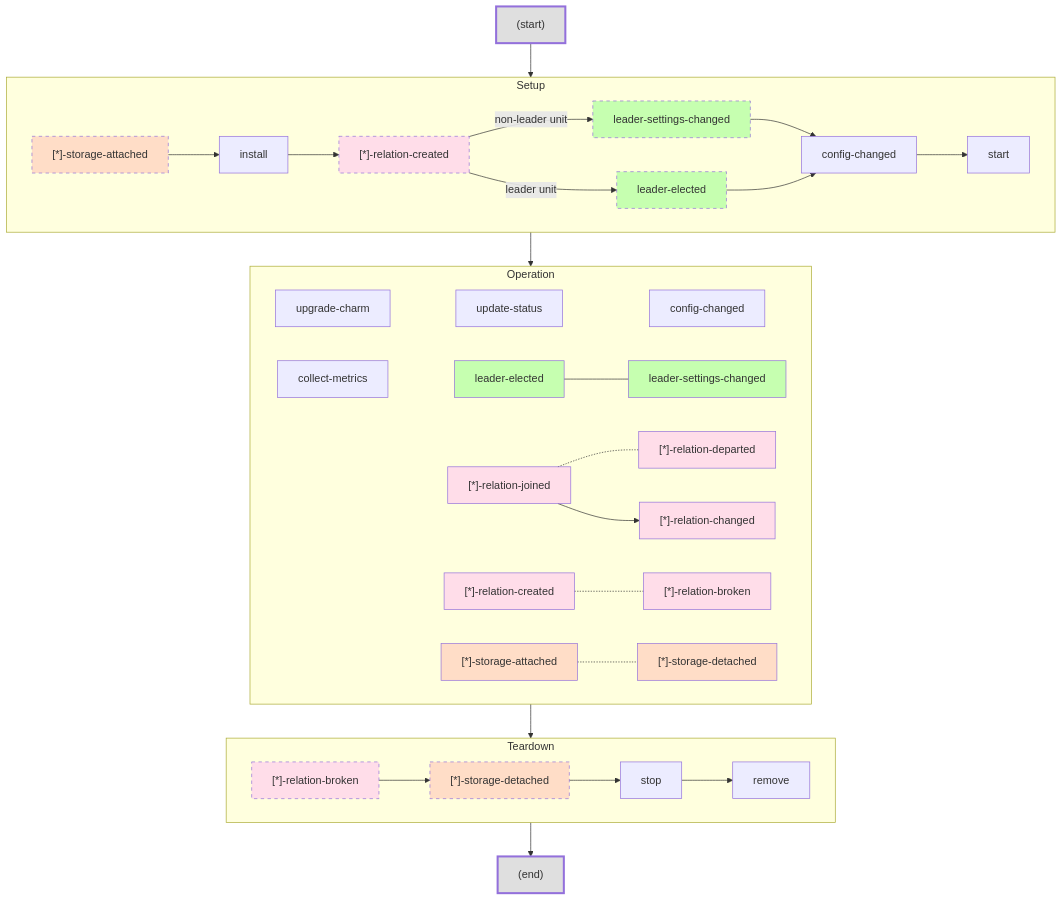
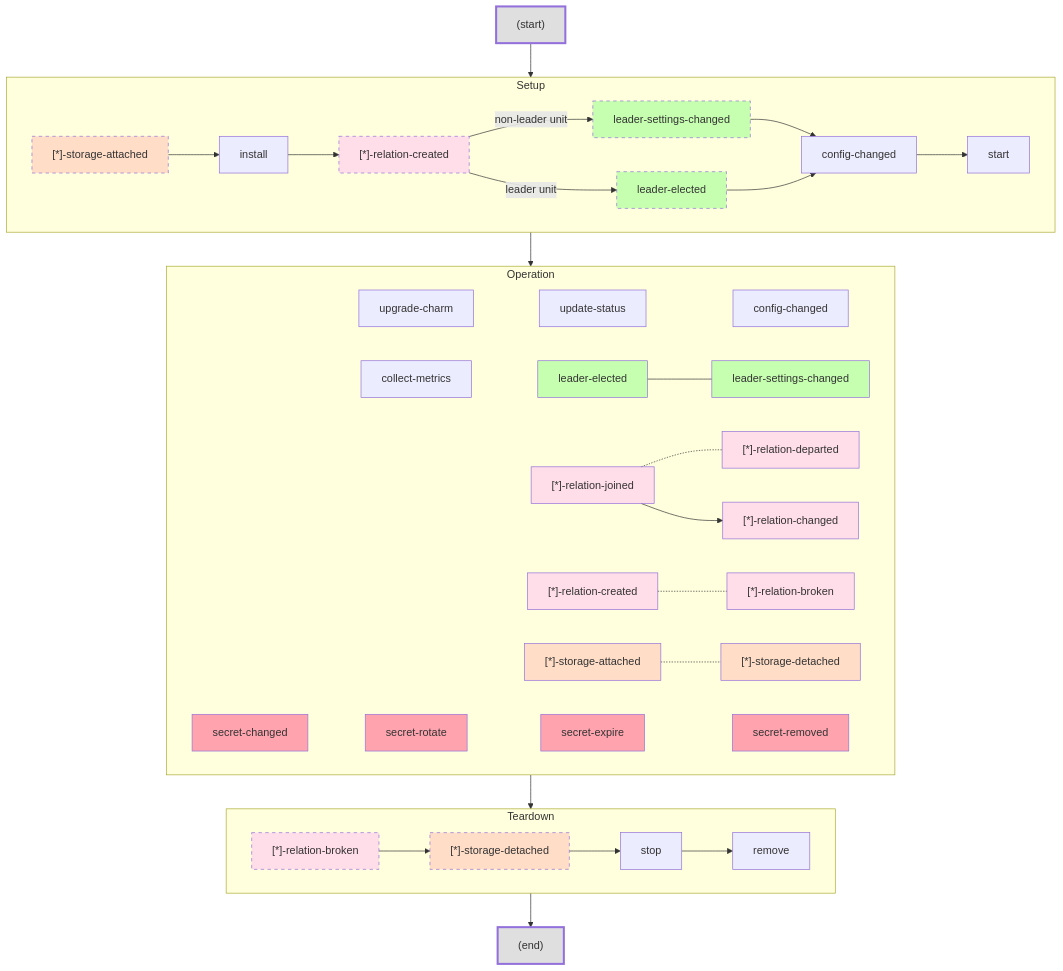
The first of 5 diagrams in README.md (canonical/charm-events), drawn with Mermaid before and after one commit. The commit also changed other lines of this file and 2 other files, not shown here.

Commit message:
Added secret events

````diff
--- a/README.md
+++ b/README.md
@@ -17,51 +17,59 @@
 ```mermaid
 flowchart TD
     subgraph Setup
         storage_attached["[*]-storage-attached"]:::optStorageEvent --> install
         install --> relation_created["[*]-relation-created"]:::optRelationEvent
         relation_created --> |leader unit|leader_elected[leader-elected]:::optLeaderEvent
         relation_created --> |non-leader unit|leader_settings_changed[leader-settings-changed]:::optLeaderEvent
         leader_settings_changed --> config_changed[config-changed]
         leader_elected --> config_changed[config-changed]
         config_changed --> start
     end
 
     subgraph Operation
         upgrade_charm[upgrade-charm] --- 
         update_status[update-status] ---
         config_changed_mant[config-changed] 
         collect_metrics[collect-metrics] ---
         leader_elected_mant[leader-elected]:::leaderEvent --- 
         leader_settings_changed_mant[leader-settings-changed]:::leaderEvent
         relation_joined_mant["[*]-relation-joined"]:::relationEvent -.- relation_departed_mant["[*]-relation-departed"]:::relationEvent
         relation_joined_mant --> relation_changed_mant["[*]-relation-changed"]:::relationEvent 
         relation_created_mant["[*]-relation-created"]:::relationEvent -.- relation_broken_mant["[*]-relation-broken"]:::relationEvent 
         storage_attached_mant["[*]-storage-attached"]:::storageEvent -.- storage_detached_mant["[*]-storage-detached"]:::storageEvent
+        secret_changed["secret-changed"]:::secretEvent ---
+        secret_rotate["secret-rotate"]:::secretEvent ---
+        secret_expire["secret-expire"]:::secretEvent ---
+        secret_removed["secret-removed"]:::secretEvent 
     end
     
     subgraph Teardown
         relation_broken_teard["[*]-relation-broken"]:::optRelationEvent -->
         storage_detached["[*]-storage-detached"]:::optStorageEvent -->
         stop -->
         remove
     end
     
     Start["(start)"]:::meta --> 
     Setup --> 
     Operation --> 
     Teardown --> 
     End["(end)"]:::meta
 
 linkStyle 7 stroke:#fff0,stroke-width:1px;
 linkStyle 8 stroke:#fff0,stroke-width:1px;
 linkStyle 9 stroke:#fff0,stroke-width:1px;
+linkStyle 15 stroke:#fff0,stroke-width:1px;
+linkStyle 16 stroke:#fff0,stroke-width:1px;
+linkStyle 17 stroke:#fff0,stroke-width:1px;
 
 classDef relationEvent fill:#f9f5;
+classDef secretEvent fill:#f588;
 classDef storageEvent fill:#f995;
 classDef leaderEvent fill:#5f55;
 classDef meta fill:#1112,stroke-width:3px;
 
 classDef optRelationEvent fill:#f9f5,stroke-dasharray: 5 5;
 classDef optStorageEvent fill:#f995,stroke-dasharray: 5 5;
 classDef optLeaderEvent fill:#5f55,stroke-dasharray: 5 5;
 ```
````
